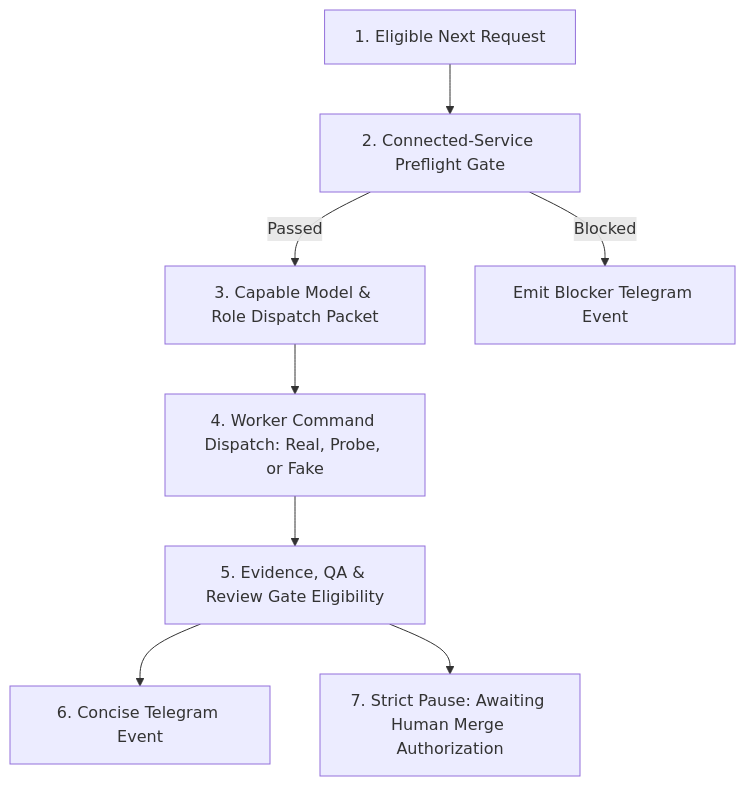
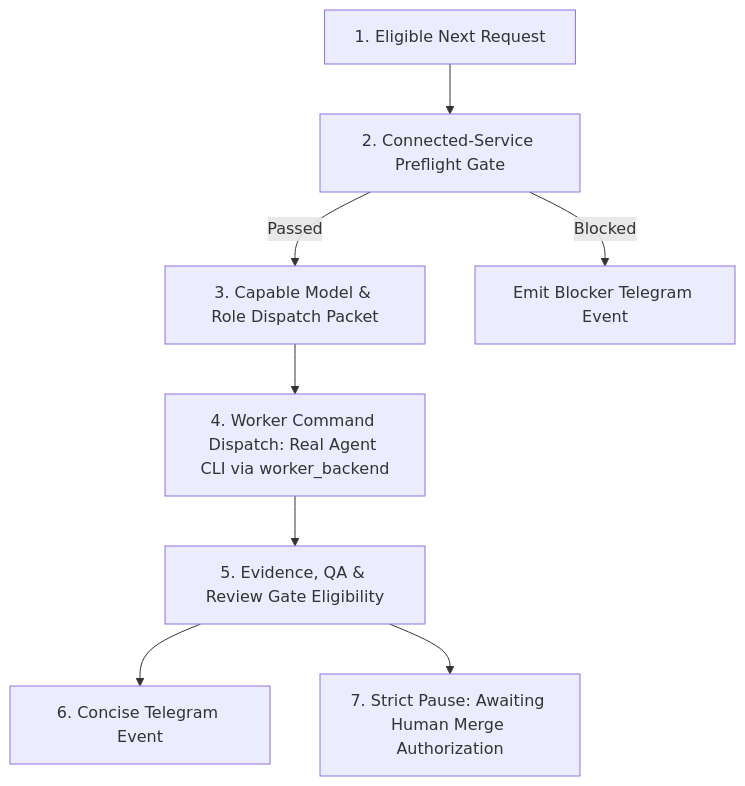
The second of 2 diagrams in workflows/portable/PORTABLE.md (Wladefant/super-board), drawn with Mermaid before and after one commit. The commit also changed other lines of this file and 6 other files, not shown here.

````diff
--- a/workflows/portable/PORTABLE.md
+++ b/workflows/portable/PORTABLE.md
@@ -365,10 +365,10 @@
 ```mermaid
 graph TD
     A[1. Eligible Next Request] --> B[2. Connected-Service Preflight Gate]
     B -->|Passed| C[3. Capable Model & Role Dispatch Packet]
     B -->|Blocked| H[Emit Blocker Telegram Event]
-    C --> D[4. Worker Command Dispatch: Real, Probe, or Fake]
+    C --> D[4. Worker Command Dispatch: Real Agent CLI via worker_backend]
     D --> E[5. Evidence, QA & Review Gate Eligibility]
     E --> F[6. Concise Telegram Event]
     E --> G[7. Strict Pause: Awaiting Human Merge Authorization]
 ```
````
